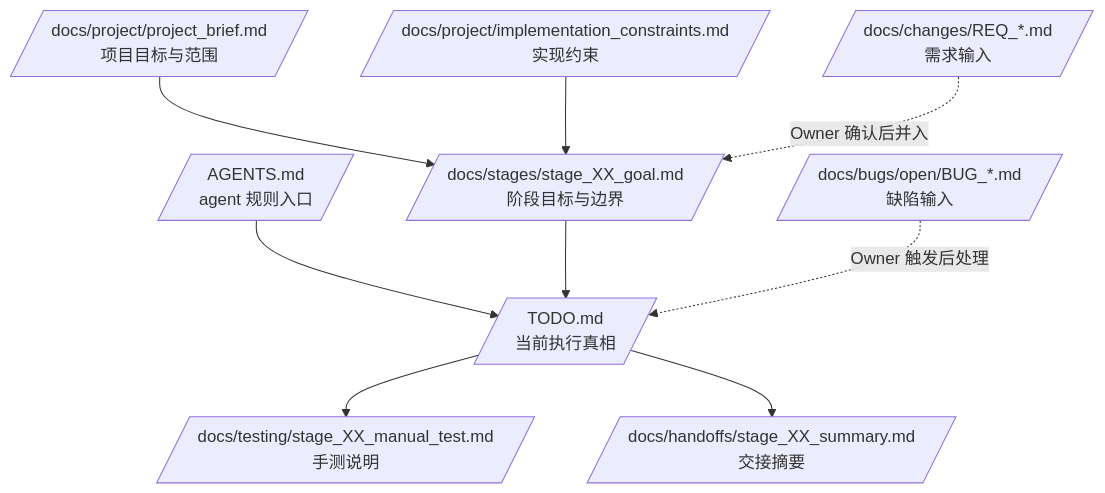
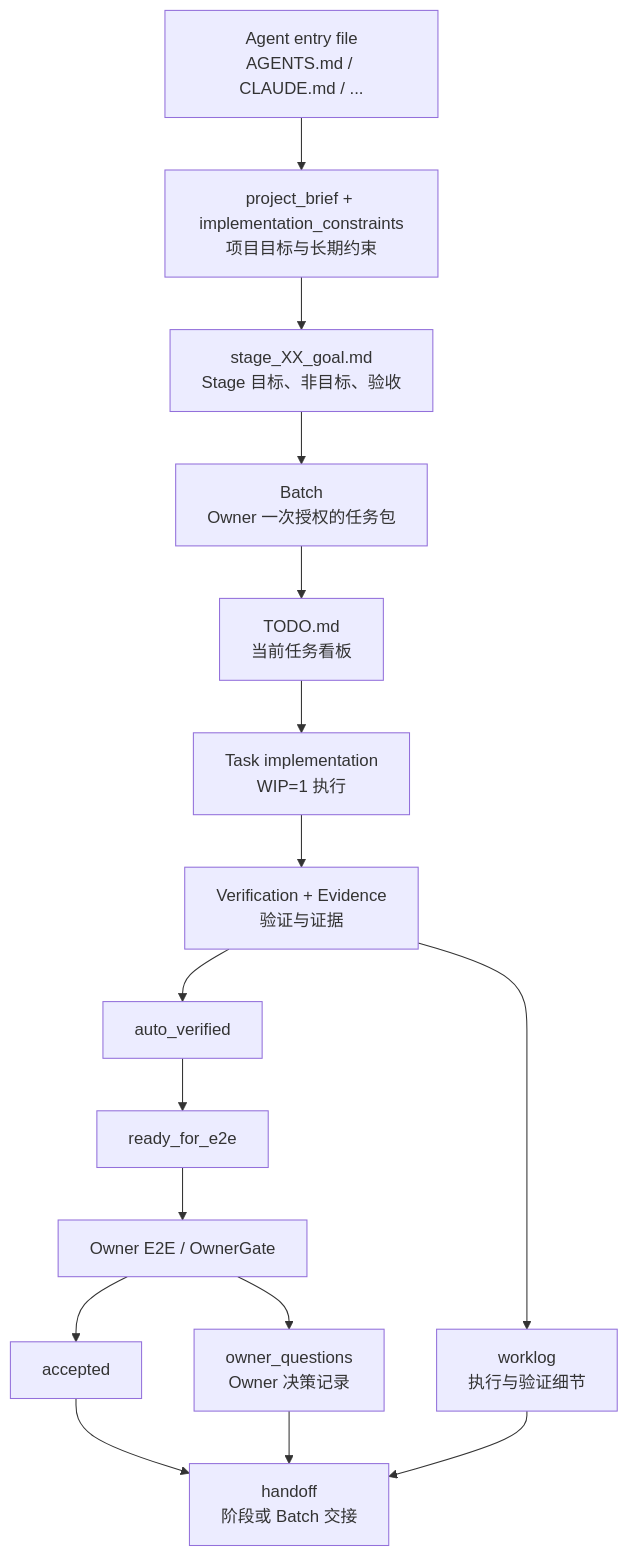
One commit to ice268528/Docs-is-all-you-need changed the diagram in README.md. Above: the diagram before and after it, drawn with Mermaid. The commit also changed other lines of this file and 29 other files, not shown here.

````diff
--- a/README.md
+++ b/README.md
@@ -53,21 +86,33 @@
 ```mermaid
 flowchart TD
-    A[/AGENTS.md<br/>agent 规则入口/]
-    PB[/docs/project/project_brief.md<br/>项目目标与范围/]
-    IC[/docs/project/implementation_constraints.md<br/>实现约束/]
-    SG[/docs/stages/stage_XX_goal.md<br/>阶段目标与边界/]
-    TODO[/TODO.md<br/>当前执行真相/]
-    REQ[/docs/changes/REQ_*.md<br/>需求输入/]
-    BUG[/docs/bugs/open/BUG_*.md<br/>缺陷输入/]
-    TEST[/docs/testing/stage_XX_manual_test.md<br/>手测说明/]
-    HANDOFF[/docs/handoffs/stage_XX_summary.md<br/>交接摘要/]
+    A["Agent entry file<br/>AGENTS.md / CLAUDE.md / ..."]
+    P["project_brief + implementation_constraints<br/>项目目标与长期约束"]
+    S["stage_XX_goal.md<br/>Stage 目标、非目标、验收"]
+    B["Batch<br/>Owner 一次授权的任务包"]
+    T["TODO.md<br/>当前任务看板"]
+    I["Task implementation<br/>WIP=1 执行"]
+    V["Verification + Evidence<br/>验证与证据"]
+    AV["auto_verified"]
+    E2E["ready_for_e2e"]
+    O["Owner E2E / OwnerGate"]
+    Q["owner_questions<br/>Owner 决策记录"]
+    W["worklog<br/>执行与验证细节"]
+    H["handoff<br/>阶段或 Batch 交接"]
+    AC["accepted"]
 
-    A --> TODO
-    PB --> SG
-    IC --> SG
-    SG --> TODO
-    REQ -. Owner 确认后并入 .-> SG
-    BUG -. Owner 触发后处理 .-> TODO
-    TODO --> TEST
-    TODO --> HANDOFF
+    A --> P
+    P --> S
+    S --> B
+    B --> T
+    T --> I
+    I --> V
+    V --> AV
+    AV --> E2E
+    E2E --> O
+    O --> AC
+    O --> Q
+    V --> W
+    AC --> H
+    Q --> H
+    W --> H
 ```
````
